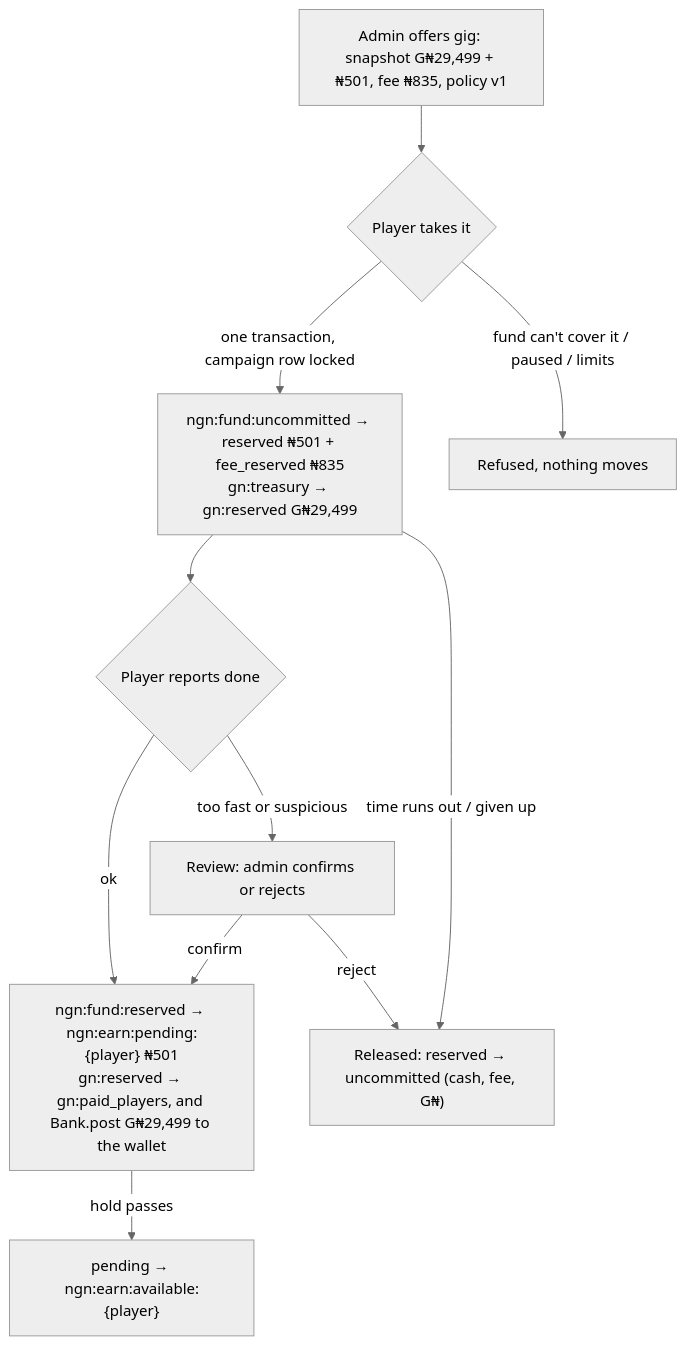
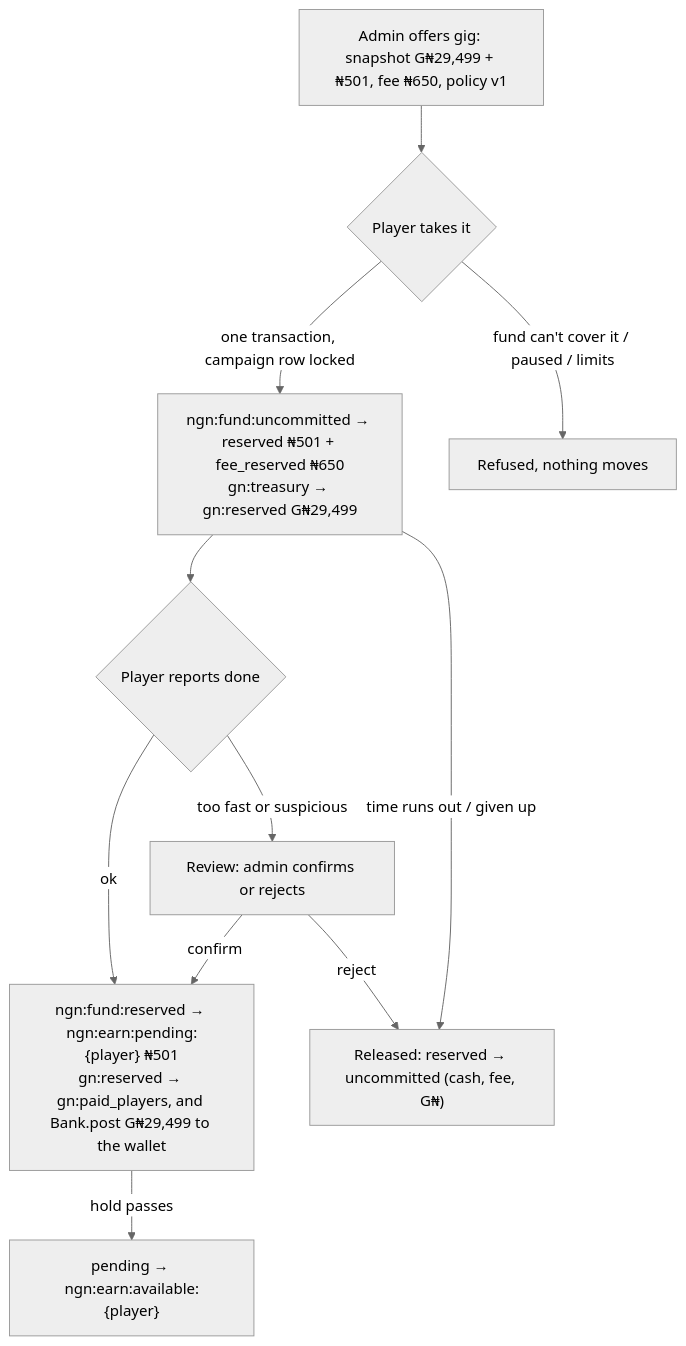
One commit to FTMbyTEN/wyrd_serverpod changed the second of 3 diagrams in wyrd_server/docs/funded-split-paycheck/02-money-flows-and-runbook.md. Above: the diagram before and after it, drawn with Mermaid (neutral theme). The commit also changed other lines of this file and 11 other files, not shown here.

Commit message:
Rewards housekeeping every 5 minutes (hold release, expiry, game-pay repair) and an admin repair button; first policy's fee allowance corrected to ₦650

````diff
--- a/wyrd_server/docs/funded-split-paycheck/02-money-flows-and-runbook.md
+++ b/wyrd_server/docs/funded-split-paycheck/02-money-flows-and-runbook.md
@@ -61,13 +61,13 @@
 ```mermaid
 flowchart TD
-  O[Admin offers gig: snapshot G₦29,499 + ₦501, fee ₦835, policy v1] --> T{Player takes it}
-  T -->|one transaction, campaign row locked| R["ngn:fund:uncommitted → reserved ₦501 + fee_reserved ₦835<br/>gn:treasury → gn:reserved G₦29,499"]
+  O[Admin offers gig: snapshot G₦29,499 + ₦501, fee ₦650, policy v1] --> T{Player takes it}
+  T -->|one transaction, campaign row locked| R["ngn:fund:uncommitted → reserved ₦501 + fee_reserved ₦650<br/>gn:treasury → gn:reserved G₦29,499"]
   T -->|fund can't cover it / paused / limits| X[Refused, nothing moves]
   R --> C{Player reports done}
   C -->|too fast or suspicious| V[Review: admin confirms or rejects]
   C -->|ok| P
   V -->|confirm| P["ngn:fund:reserved → ngn:earn:pending:{player} ₦501<br/>gn:reserved → gn:paid_players, and Bank.post G₦29,499 to the wallet"]
   V -->|reject| B
   R -->|time runs out / given up| B["Released: reserved → uncommitted (cash, fee, G₦)"]
   P -->|hold passes| AV["pending → ngn:earn:available:{player}"]
 ```
````
